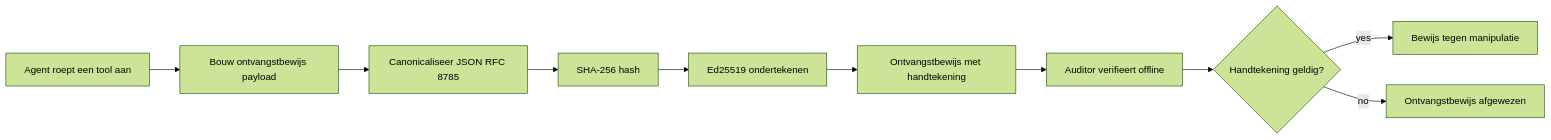
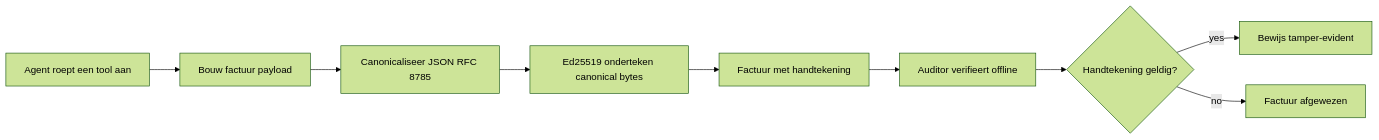
The first of 2 diagrams in translations/nl/18-securing-ai-agents/README.md (microsoft/ai-agents-for-beginners), drawn with Mermaid (forest theme) before and after one commit. The commit also changed other lines of this file and 47 other files, not shown here.

````diff
--- a/translations/nl/18-securing-ai-agents/README.md
+++ b/translations/nl/18-securing-ai-agents/README.md
@@ -51,12 +51,11 @@
 ```mermaid
 flowchart LR
-    A[Agent roept een tool aan] --> B[Bouw ontvangstbewijs payload]
+    A[Agent roept een tool aan] --> B[Bouw factuur payload]
     B --> C[Canonicaliseer JSON RFC 8785]
-    C --> D[SHA-256 hash]
-    D --> E[Ed25519 ondertekenen]
-    E --> F[Ontvangstbewijs met handtekening]
+    C --> E[Ed25519 onderteken canonical bytes]
+    E --> F[Factuur met handtekening]
     F --> G[Auditor verifieert offline]
     G --> H{Handtekening geldig?}
-    H -- yes --> I[Bewijs tegen manipulatie]
-    H -- no --> J[Ontvangstbewijs afgewezen]
+    H -- yes --> I[Bewijs tamper-evident]
+    H -- no --> J[Factuur afgewezen]
 ```
````
